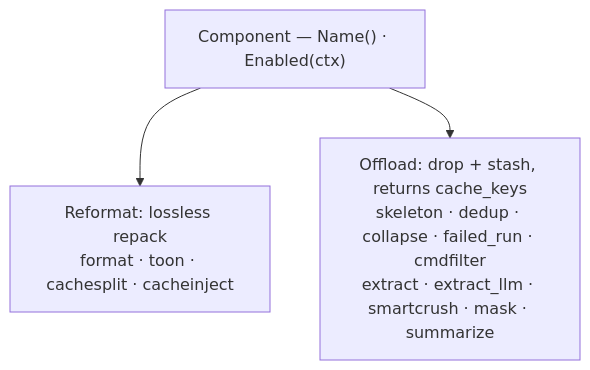
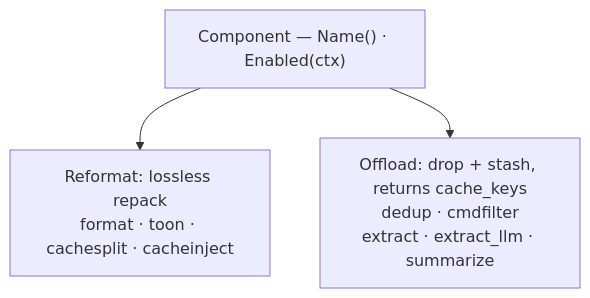
The second of 2 diagrams in docs/get-started/overview.md (rossoctl/context-guru), drawn with Mermaid before and after one commit. The commit also changed 104 other files, not shown here.

````diff
--- a/docs/get-started/overview.md
+++ b/docs/get-started/overview.md
@@ -49,6 +49,6 @@
 ```mermaid
 flowchart TD
   C["Component — Name() · Enabled(ctx)"]
   C --> R["Reformat: lossless repack<br/>format · toon · cachesplit · cacheinject"]
-  C --> O["Offload: drop + stash, returns cache_keys<br/>skeleton · dedup · collapse · failed_run · cmdfilter<br/>extract · extract_llm · smartcrush · mask · summarize"]
+  C --> O["Offload: drop + stash, returns cache_keys<br/>dedup · cmdfilter<br/>extract · extract_llm · summarize"]
 ```
````
